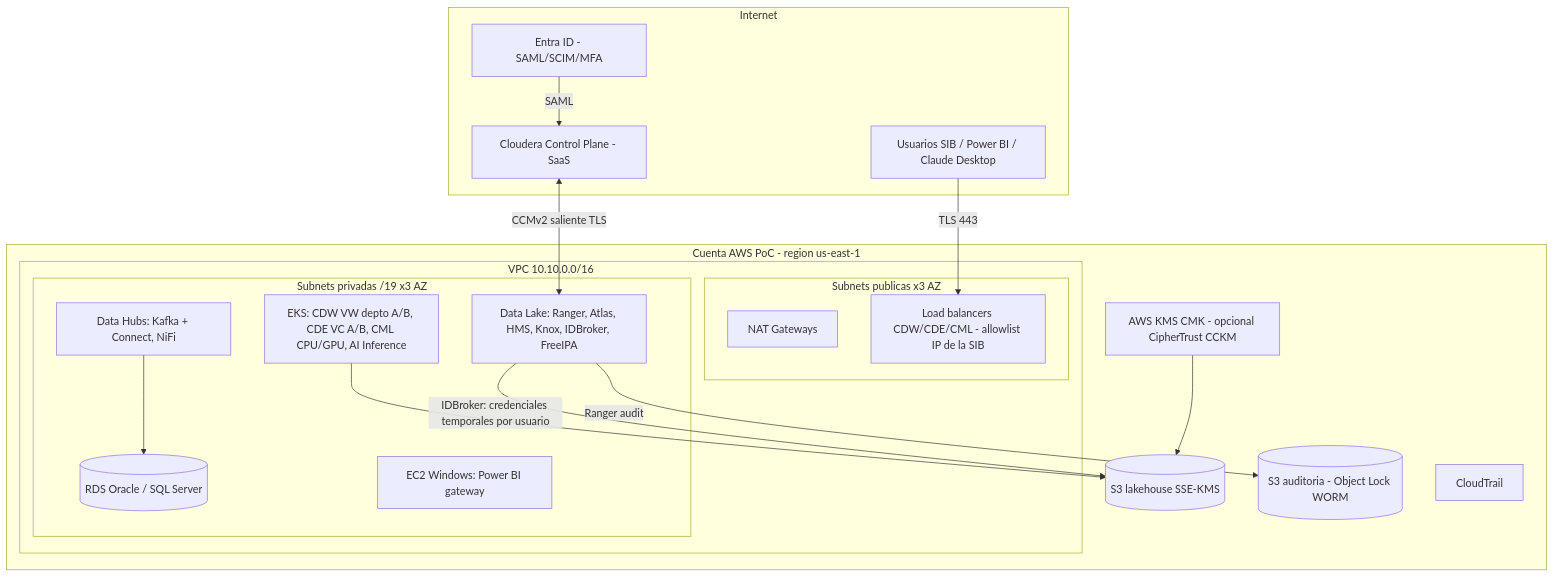
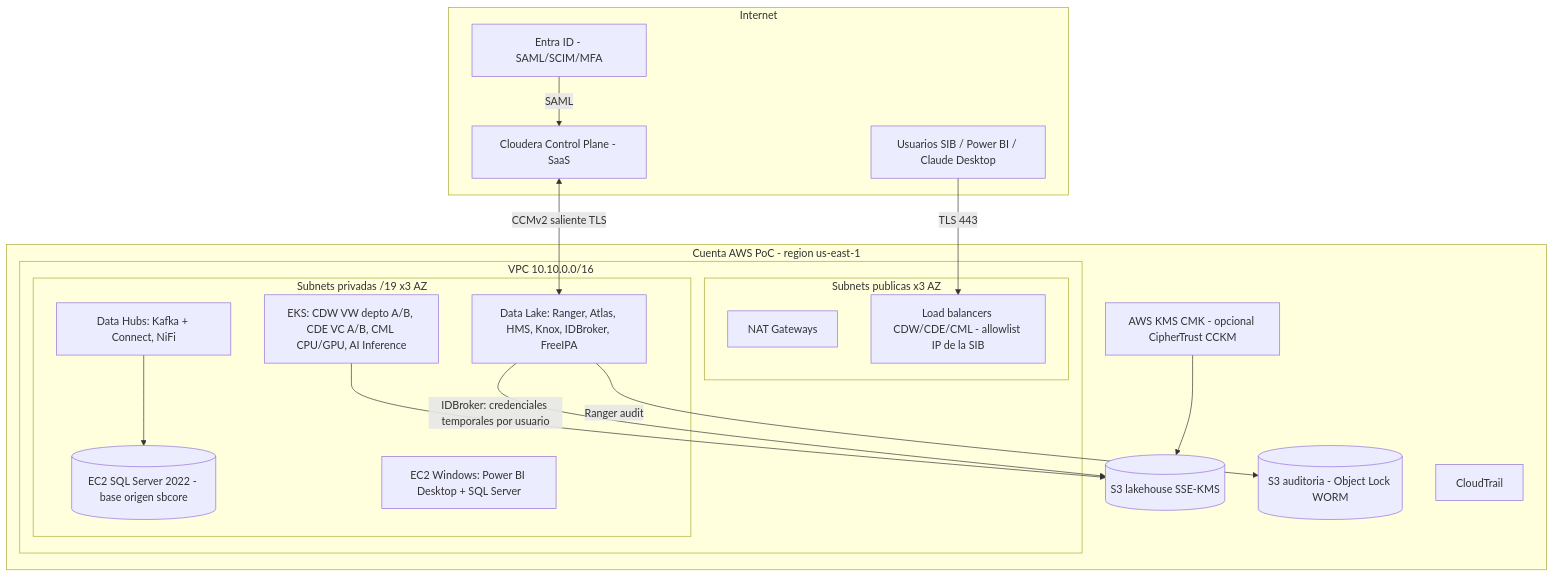
The diagram in fase3/c07/c07_ae06_diagrama_red_seguridad.md (adrianmc/sib-poc), drawn with Mermaid before and after one commit. The commit also changed 29 other files, not shown here.

````diff
--- a/fase3/c07/c07_ae06_diagrama_red_seguridad.md
+++ b/fase3/c07/c07_ae06_diagrama_red_seguridad.md
@@ -3,35 +3,35 @@
 ```mermaid
 flowchart TB
   subgraph Internet
     SBU[Usuarios SIB / Power BI / Claude Desktop]
     CP[Cloudera Control Plane - SaaS]
     ENTRA[Entra ID - SAML/SCIM/MFA]
   end
   subgraph AWS["Cuenta AWS PoC - region us-east-1"]
     subgraph VPC["VPC 10.10.0.0/16"]
       subgraph PUB["Subnets publicas x3 AZ"]
         NAT[NAT Gateways]
         LB[Load balancers CDW/CDE/CML - allowlist IP de la SIB]
       end
       subgraph PRIV["Subnets privadas /19 x3 AZ"]
         DL[Data Lake: Ranger, Atlas, HMS, Knox, IDBroker, FreeIPA]
         DH[Data Hubs: Kafka + Connect, NiFi]
         EKS[EKS: CDW VW depto A/B, CDE VC A/B, CML CPU/GPU, AI Inference]
-        RDS[(RDS Oracle / SQL Server)]
-        GW[EC2 Windows: Power BI gateway]
+        RDS[(EC2 SQL Server 2022 - base origen sbcore)]
+        GW[EC2 Windows: Power BI Desktop + SQL Server]
       end
     end
     S3[(S3 lakehouse SSE-KMS)]
     AUD[(S3 auditoria - Object Lock WORM)]
     KMS[AWS KMS CMK - opcional CipherTrust CCKM]
     CT[CloudTrail]
   end
   SBU -->|TLS 443| LB
   ENTRA -->|SAML| CP
   CP <-->|CCMv2 saliente TLS| DL
   EKS --> S3
   DL -->|IDBroker: credenciales temporales por usuario| S3
   DL -->|Ranger audit| AUD
   KMS --> S3
   DH --> RDS
 ```
````
